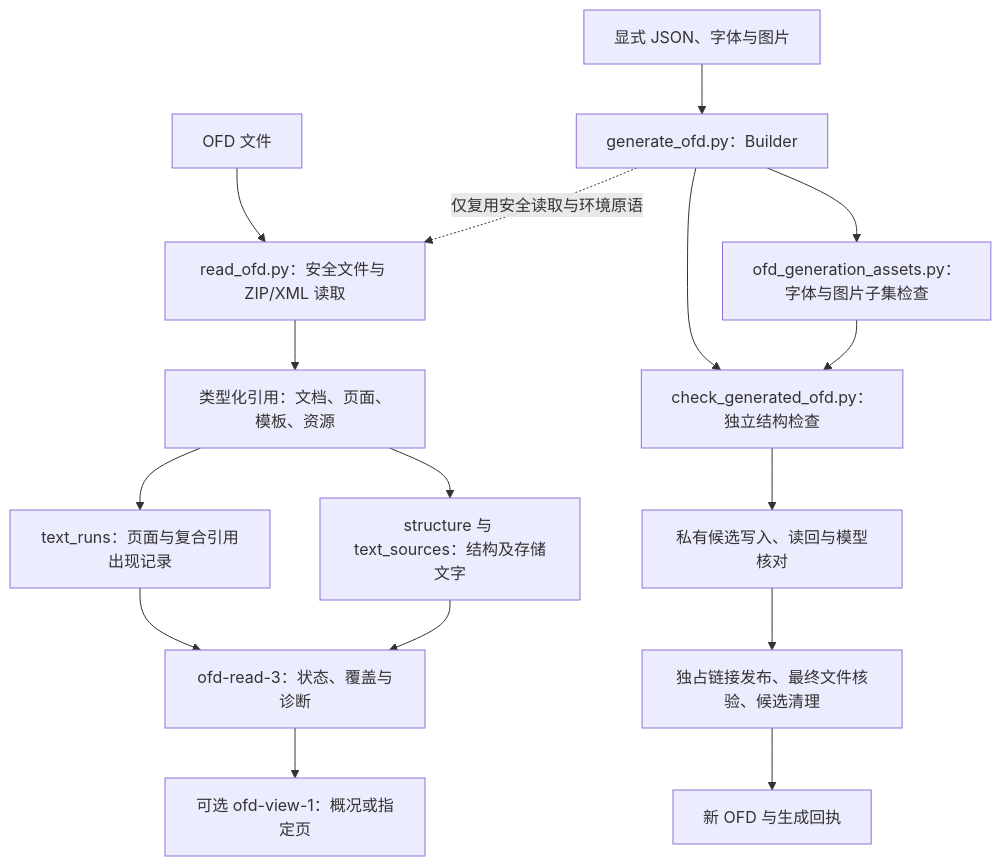
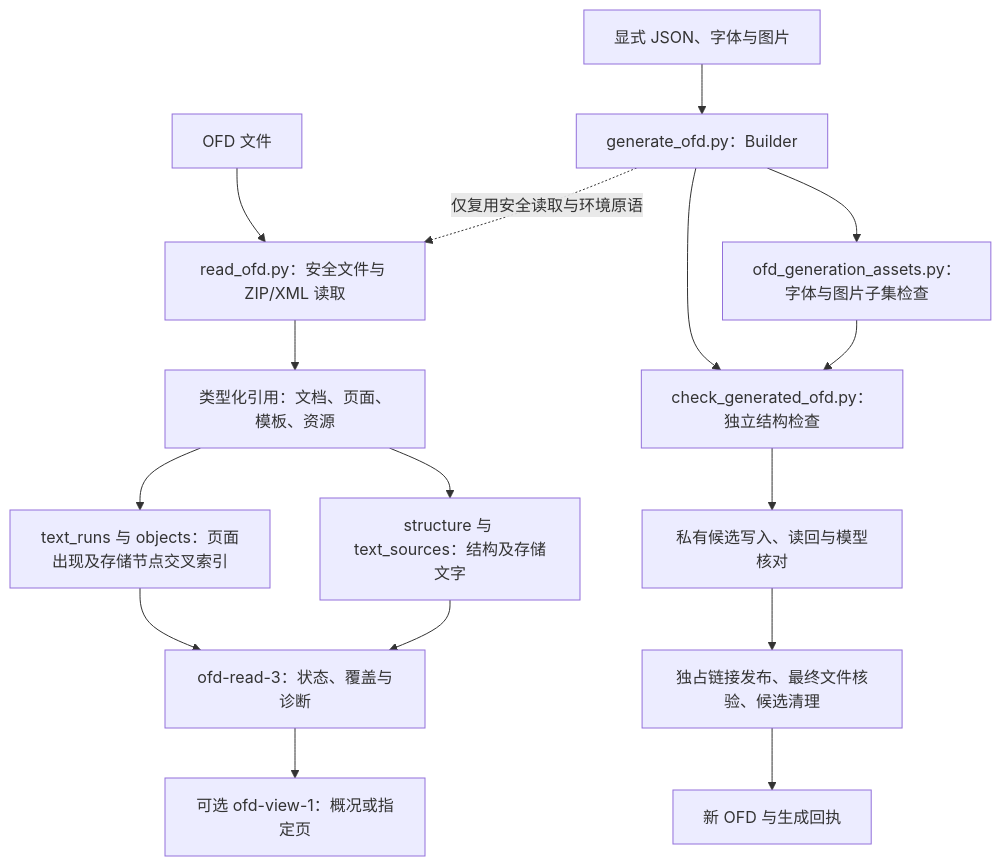
The first of 2 diagrams in docs/skills/ofd.md (JohnParken/PSL-SKILLS), drawn with Mermaid before and after one commit. The commit also changed other lines of this file and 17 other files, not shown here.

````diff
--- a/docs/skills/ofd.md
+++ b/docs/skills/ofd.md
@@ -17,18 +17,18 @@
 ```mermaid
 flowchart TD
     A["OFD 文件"] --> B["read_ofd.py：安全文件与 ZIP/XML 读取"]
     B --> C["类型化引用：文档、页面、模板、资源"]
     C --> D["structure 与 text_sources：结构及存储文字"]
-    C --> E["text_runs：页面与复合引用出现记录"]
+    C --> E["text_runs 与 objects：页面出现及存储节点交叉索引"]
     D --> F["ofd-read-3：状态、覆盖与诊断"]
     E --> F
     F --> G["可选 ofd-view-1：概况或指定页"]
     H["显式 JSON、字体与图片"] --> I["generate_ofd.py：Builder"]
     I --> J["ofd_generation_assets.py：字体与图片子集检查"]
     I --> K["check_generated_ofd.py：独立结构检查"]
     J --> K
     K --> L["私有候选写入、读回与模型核对"]
     L --> M["独占链接发布、最终文件核验、候选清理"]
     M --> N["新 OFD 与生成回执"]
     I -.->|"仅复用安全读取与环境原语"| B
 ```
````
